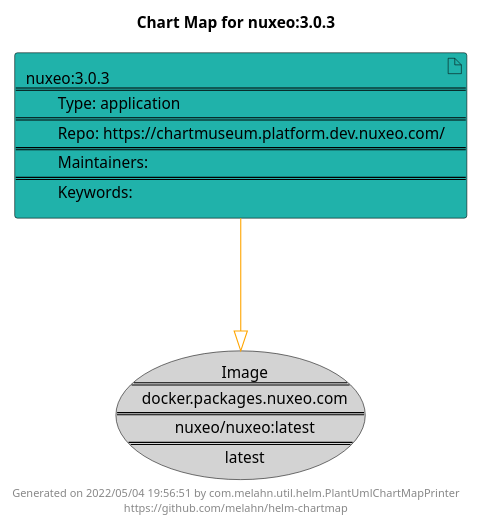
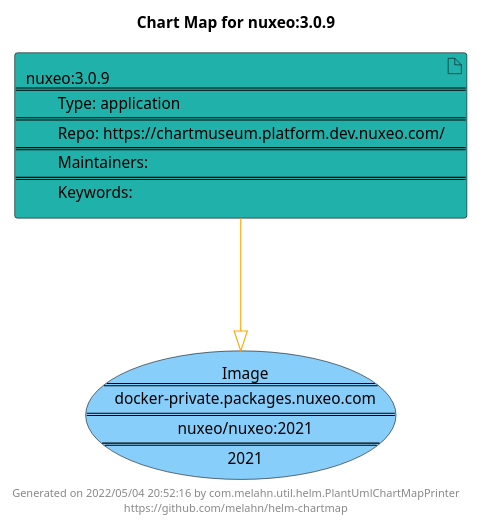
The diagram in docs/nuxeo/nuxeo-3.0.3.puml (melahn/helm-chartmap), drawn with PlantUML before and after one commit. The commit also changed 68 other files, not shown here.

Commit message:
Update Example Chart Maps as part of GitHub build

```diff
--- a/docs/nuxeo/nuxeo-3.0.3.puml
+++ b/docs/nuxeo/nuxeo-3.0.3.puml
@@ -1,21 +1,21 @@
 @startuml
 skinparam linetype ortho
 skinparam backgroundColor white
 skinparam usecaseBorderColor black
 skinparam usecaseArrowColor LightSlateGray
 skinparam artifactBorderColor black
 skinparam artifactArrowColor LightSlateGray
 
-title Chart Map for nuxeo:3.0.3
+title Chart Map for nuxeo:3.0.9
 
 'There is one referenced Helm Chart
-artifact "nuxeo:3.0.3\n====\n\tType: application\n====\n\tRepo: https://chartmuseum.platform.dev.nuxeo.com/\n====\n\tMaintainers: \n====\n\tKeywords: " as nuxeo_3_0_3 #LightSeaGreen
+artifact "nuxeo:3.0.9\n====\n\tType: application\n====\n\tRepo: https://chartmuseum.platform.dev.nuxeo.com/\n====\n\tMaintainers: \n====\n\tKeywords: " as nuxeo_3_0_9 #LightSeaGreen
 
 'There is one referenced Docker Image
-usecase "Image\n====\ndocker.packages.nuxeo.com\n====\nnuxeo/nuxeo:latest\n====\nlatest" as docker_packages_nuxeo_com_nuxeo_nuxeo_latest #LightGray
+usecase "Image\n====\ndocker-private.packages.nuxeo.com\n====\nnuxeo/nuxeo:2021\n====\n2021" as docker_private_packages_nuxeo_com_nuxeo_nuxeo_2021 #LightSkyBlue
 
 'Chart Dependencies
-nuxeo_3_0_3--[#orange]-|>docker_packages_nuxeo_com_nuxeo_nuxeo_latest
+nuxeo_3_0_9--[#orange]-|>docker_private_packages_nuxeo_com_nuxeo_nuxeo_2021
 
-center footer Generated on 2022/05/04 19:56:51 by com.melahn.util.helm.PlantUmlChartMapPrinter\nhttps://github.com/melahn/helm-chartmap
+center footer Generated on 2022/05/04 20:52:16 by com.melahn.util.helm.PlantUmlChartMapPrinter\nhttps://github.com/melahn/helm-chartmap
 @enduml
```
